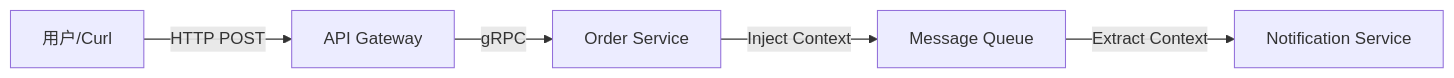
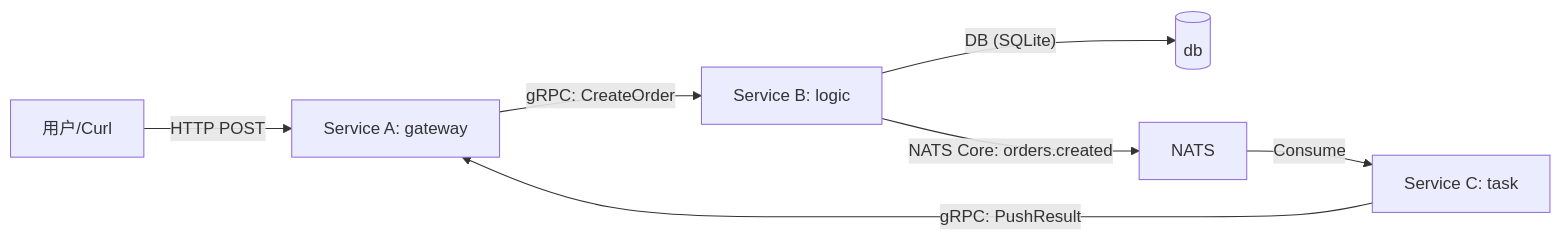
The diagram in examples/observability/README.md (ceyewan/genesis), drawn with Mermaid before and after one commit. The commit also changed other lines of this file and 16 other files, not shown here.

````diff
--- a/examples/observability/README.md
+++ b/examples/observability/README.md
@@ -9,7 +9,9 @@
 ```mermaid
 graph LR
-    User[用户/Curl] -->|HTTP POST| Gateway[API Gateway]
-    Gateway -->|gRPC| Order[Order Service]
-    Order -->|Inject Context| MQ[Message Queue]
-    MQ -->|Extract Context| Consumer[Notification Service]
+    User[用户/Curl] -->|HTTP POST| A[Service A: gateway]
+    A -->|gRPC: CreateOrder| B[Service B: logic]
+    B -->|"DB (SQLite)"| DB[(db)]
+    B -->|NATS Core: orders.created| MQ[NATS]
+    MQ -->|Consume| C[Service C: task]
+    C -->|gRPC: PushResult| A
 ```
````
